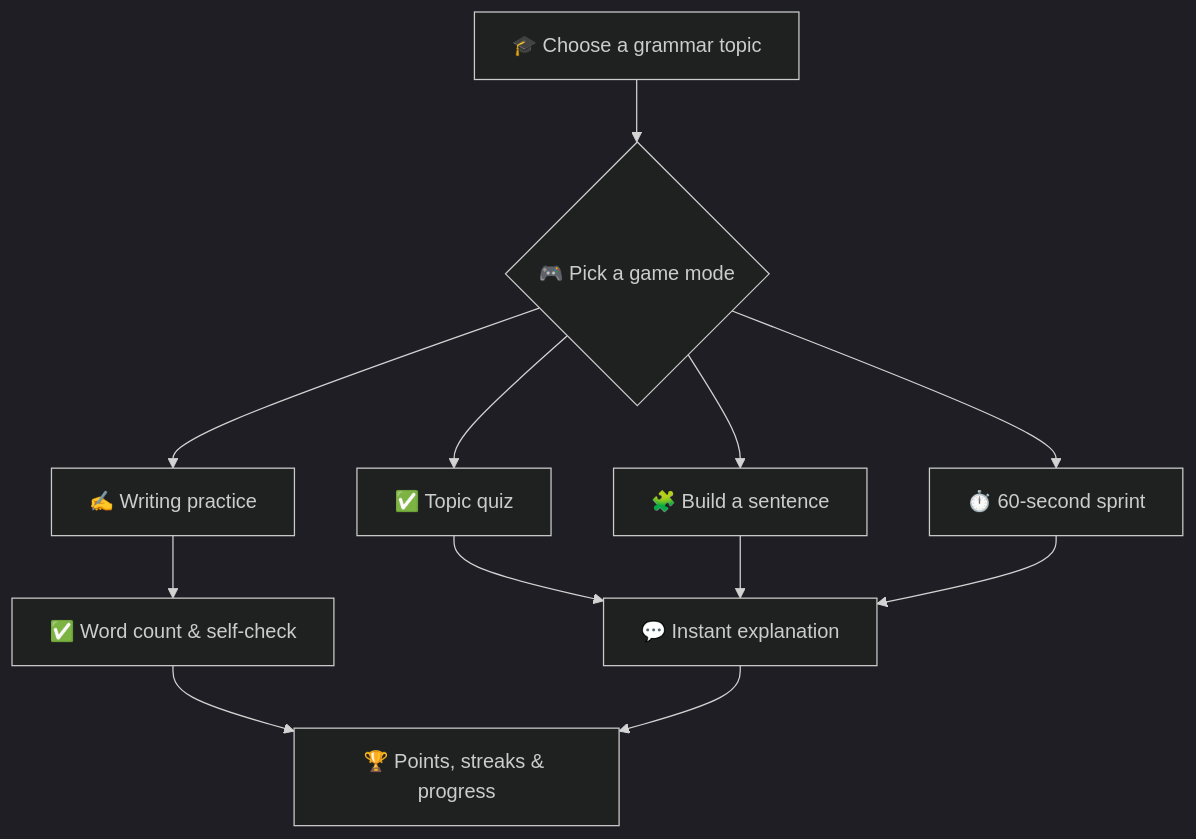
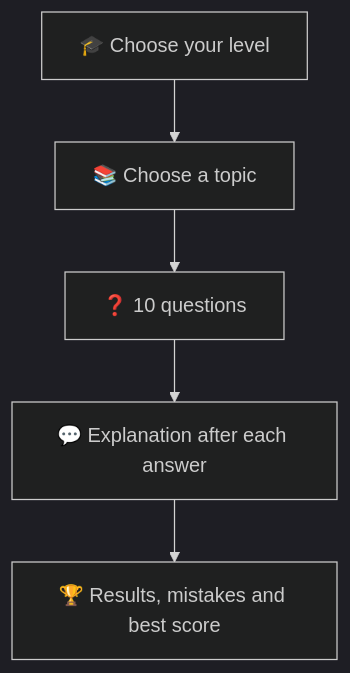
One commit to alketcecaj12/dansk_grammatik_traening_app changed the diagram in README.md. Above: the diagram before and after it, drawn with Mermaid (dark theme). The commit also changed other lines of this file and 12 other files, not shown here.

````diff
--- a/README.md
+++ b/README.md
@@ -33,14 +29,7 @@
 ```mermaid
 flowchart TD
-    A["🎓 Choose a grammar topic"] --> B{"🎮 Pick a game mode"}
-    B --> C["✅ Topic quiz"]
-    B --> D["🧩 Build a sentence"]
-    B --> E["⏱️ 60-second sprint"]
-    B --> H["✍️ Writing practice"]
-    C --> F["💬 Instant explanation"]
-    D --> F
-    E --> F
-    H --> I["✅ Word count & self-check"]
-    I --> G
-    F --> G["🏆 Points, streaks & progress"]
+    A["🎓 Choose your level"] --> B["📚 Choose a topic"]
+    B --> C["❓ 10 questions"]
+    C --> D["💬 Explanation after each answer"]
+    D --> E["🏆 Results, mistakes and best score"]
 ```
````
